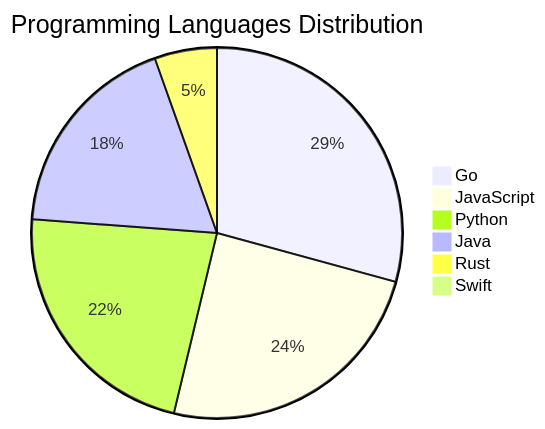
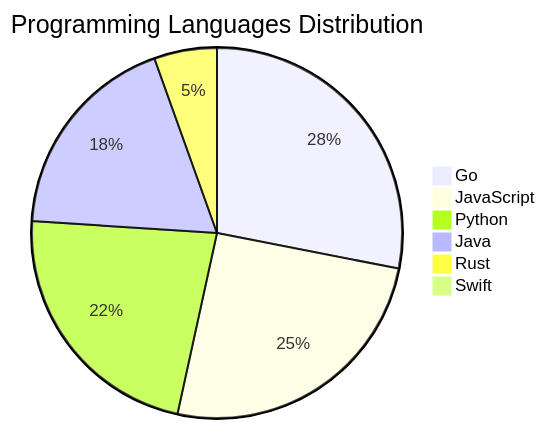
One commit to Derrick-MUGISHA/github-activity-bot changed the diagram in README.md. Above: the diagram before and after it, drawn with Mermaid. The commit also changed other lines of this file and 4 other files, not shown here.

````diff
--- a/README.md
+++ b/README.md
@@ -212,9 +212,9 @@
 ```mermaid
 pie title Programming Languages Distribution
-    "Go" : 43
-    "JavaScript" : 36
+    "Go" : 41
+    "JavaScript" : 37
     "Python" : 33
     "Java" : 27
     "Rust" : 8
     "Swift" : 1
 ```
````
